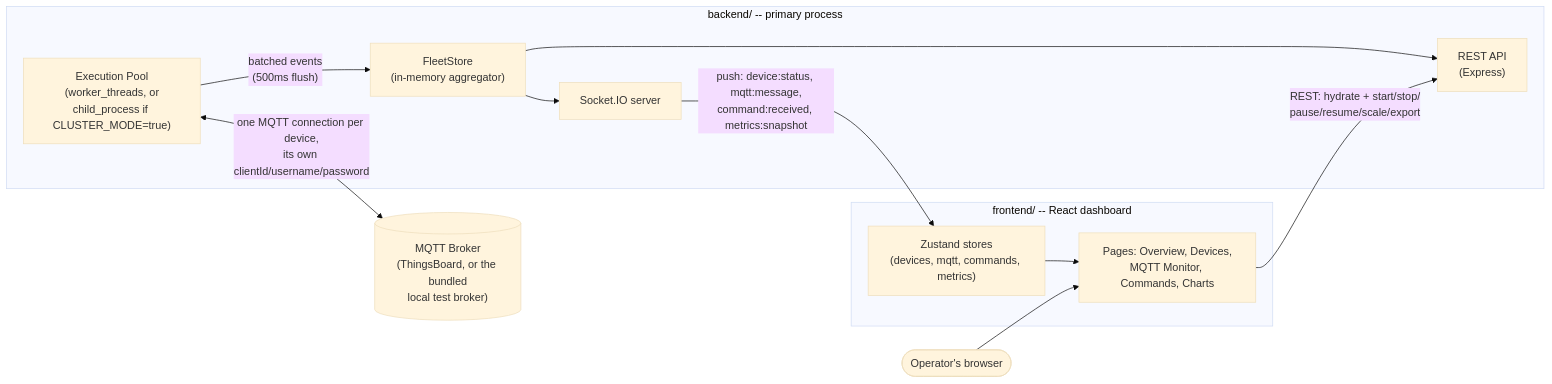
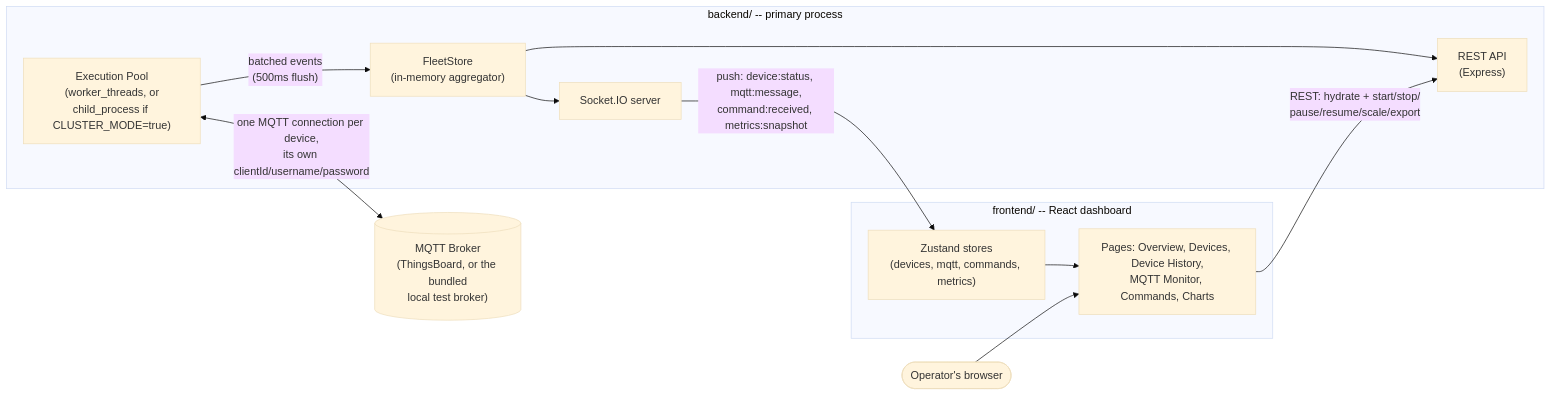
One commit to pandya-dwip/NLC-Monitoring changed the first of 3 diagrams in README.md. Above: the diagram before and after it, drawn with Mermaid (base theme). The commit also changed other lines of this file and 20 other files, not shown here.

Commit message:
feat: implement asynchronous device runner architecture with buffered batch updates for scalable MQTT monitoring

````diff
--- a/README.md
+++ b/README.md
@@ -35,27 +43,27 @@
 ```mermaid
 flowchart LR
     Browser(["Operator's browser"])
 
     subgraph FE["frontend/ -- React dashboard"]
         Stores["Zustand stores\n(devices, mqtt, commands, metrics)"]
-        UI["Pages: Overview, Devices,\nMQTT Monitor, Commands, Charts"]
+        UI["Pages: Overview, Devices, Device History,\nMQTT Monitor, Commands, Charts"]
         Stores --> UI
     end
 
     subgraph BE["backend/ -- primary process"]
         API["REST API\n(Express)"]
         Socket["Socket.IO server"]
         FleetStore["FleetStore\n(in-memory aggregator)"]
         Pool["Execution Pool\n(worker_threads, or\nchild_process if CLUSTER_MODE=true)"]
         FleetStore --> API
         FleetStore --> Socket
         Pool -- "batched events\n(500ms flush)" --> FleetStore
     end
 
     Broker[("MQTT Broker\n(ThingsBoard, or the bundled\nlocal test broker)")]
 
     Browser --> UI
     UI -- "REST: hydrate + start/stop/\npause/resume/scale/export" --> API
     Socket -- "push: device:status, mqtt:message,\ncommand:received, metrics:snapshot" --> Stores
     Pool <-- "one MQTT connection per device,\nits own clientId/username/password" --> Broker
 ```
````
